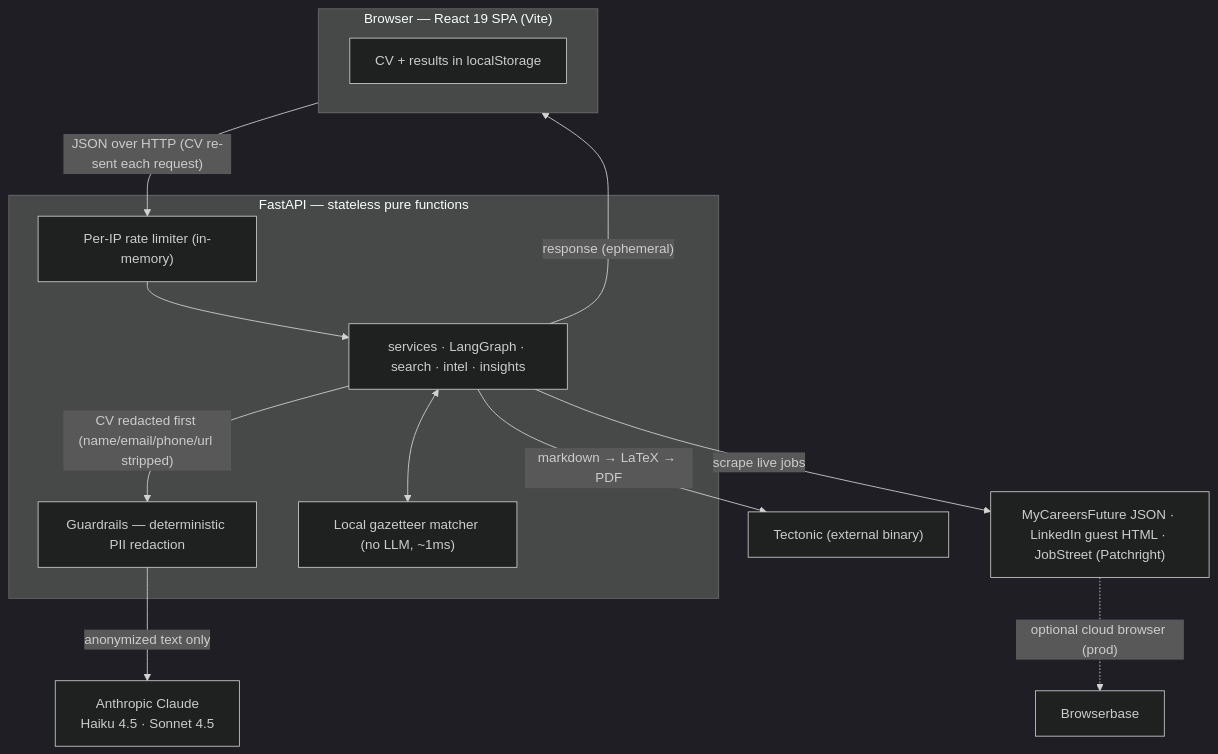
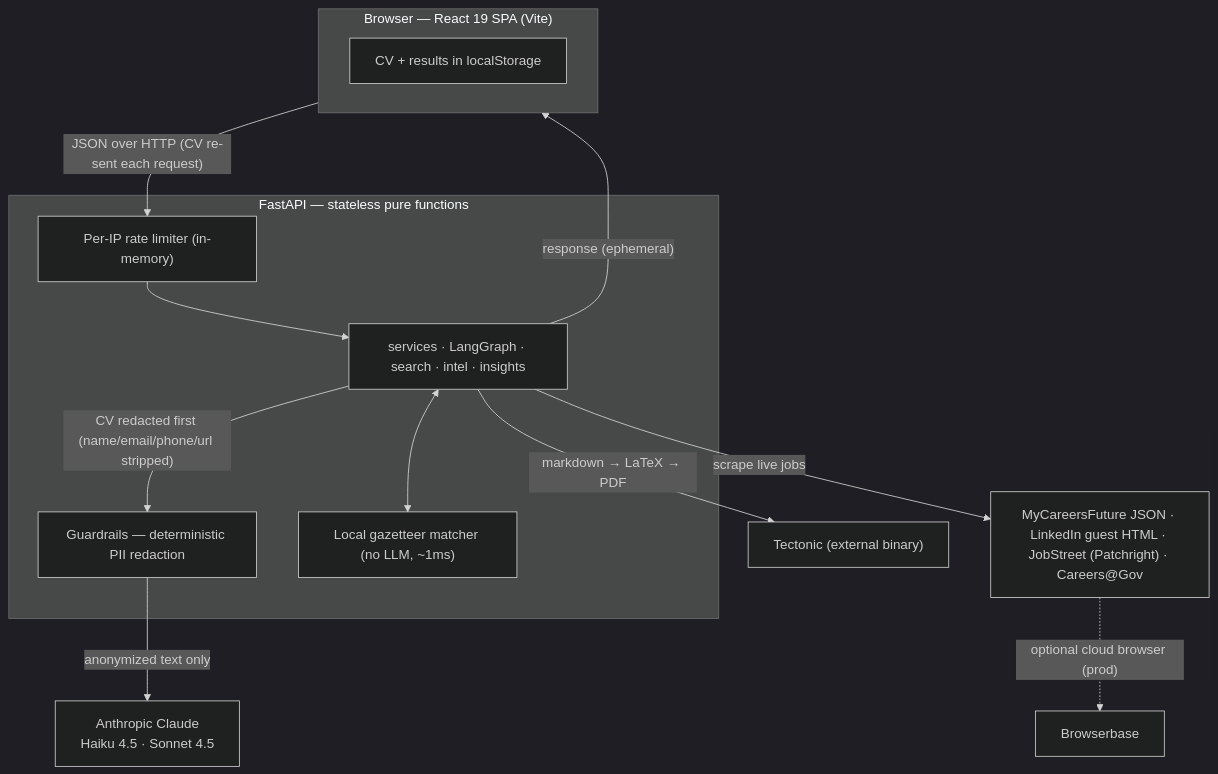
The first of 10 diagrams in ARCHITECTURE.md (darinatic/JobAssistant), drawn with Mermaid (dark theme) before and after one commit. The commit also changed other lines of this file and 7 other files, not shown here.

````diff
--- a/ARCHITECTURE.md
+++ b/ARCHITECTURE.md
@@ -23,23 +23,23 @@
 ```mermaid
 flowchart TB
     subgraph Client["Browser — React 19 SPA (Vite)"]
         CV["CV + results in localStorage"]
     end
 
     subgraph Backend["FastAPI — stateless pure functions"]
         RL["Per-IP rate limiter (in-memory)"]
         G["Guardrails — deterministic PII redaction"]
         SVC["services · LangGraph · search · intel · insights"]
         MATCH["Local gazetteer matcher (no LLM, ~1ms)"]
     end
 
     Client -- "JSON over HTTP (CV re-sent each request)" --> RL
     RL --> SVC
     SVC <--> MATCH
     SVC -- "CV redacted first (name/email/phone/url stripped)" --> G
     G -- "anonymized text only" --> ANTH["Anthropic Claude<br/>Haiku 4.5 · Sonnet 4.5"]
     SVC -- "markdown → LaTeX → PDF" --> TEC["Tectonic (external binary)"]
-    SVC -- "scrape live jobs" --> SCR["MyCareersFuture JSON · LinkedIn guest HTML · JobStreet (Patchright)"]
+    SVC -- "scrape live jobs" --> SCR["MyCareersFuture JSON · LinkedIn guest HTML · JobStreet (Patchright) · Careers@Gov"]
     SCR -. "optional cloud browser (prod)" .-> BB["Browserbase"]
     SVC -- "response (ephemeral)" --> Client
 ```
````
